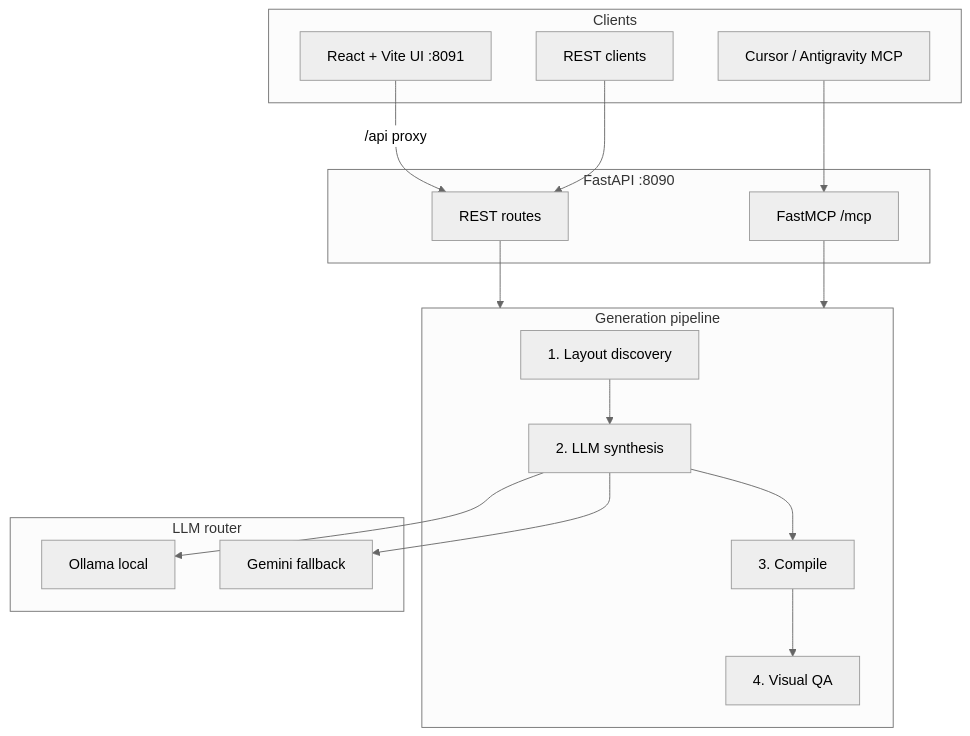
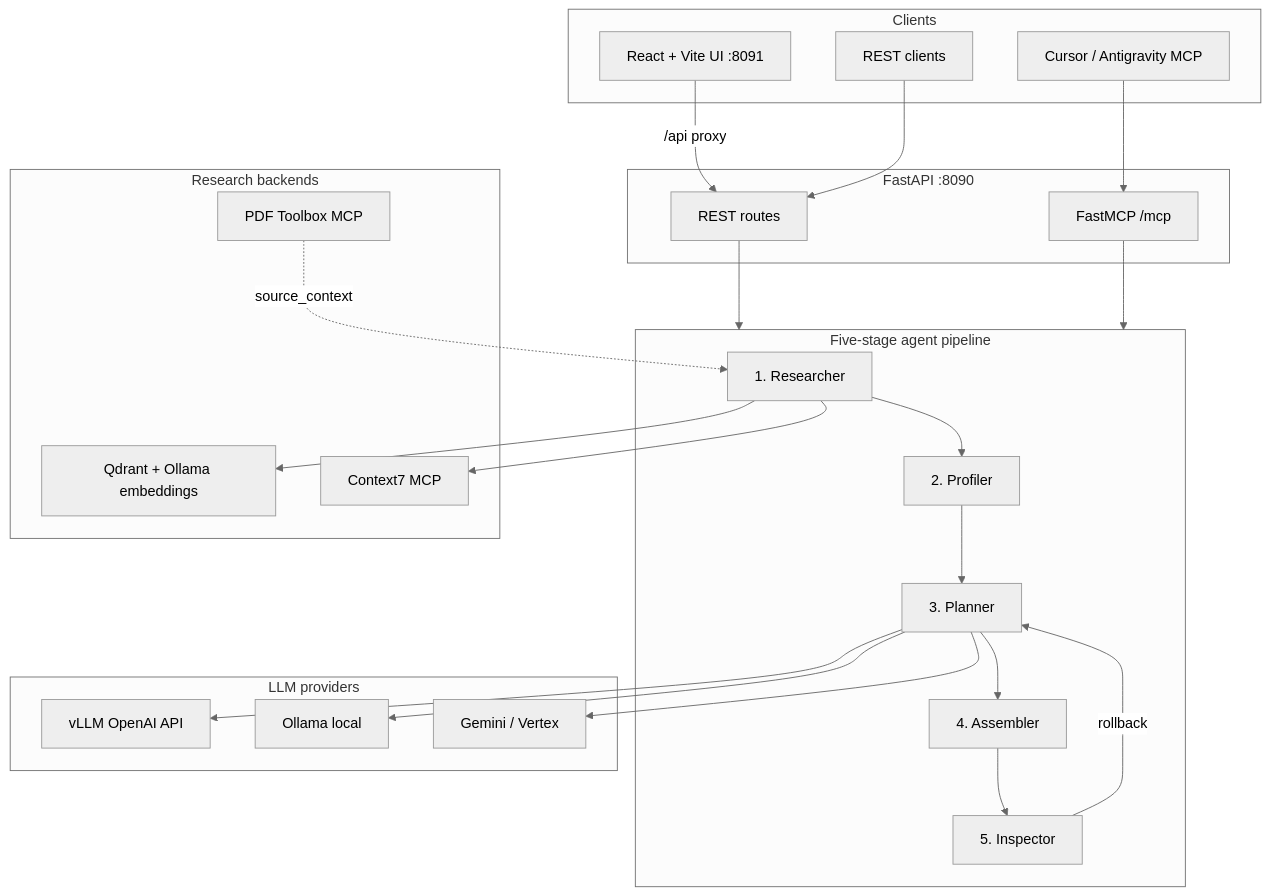
One commit to berthmc/presentations changed the diagram in documentation/SYSTEM_ARCHITECTURE.md. Above: the diagram before and after it, drawn with Mermaid (neutral theme). The commit also changed other lines of this file and 78 other files, not shown here.

````diff
--- a/documentation/SYSTEM_ARCHITECTURE.md
+++ b/documentation/SYSTEM_ARCHITECTURE.md
@@ -9,30 +9,42 @@
 ```mermaid
 flowchart TD
   subgraph clients [Clients]
     UI["React + Vite UI :8091"]
     IDE["Cursor / Antigravity MCP"]
     REST["REST clients"]
   end
   subgraph api [FastAPI :8090]
     Routes["REST routes"]
     MCP["FastMCP /mcp"]
   end
-  subgraph pipeline [Generation pipeline]
-    DISC["1. Layout discovery"]
-    SYN["2. LLM synthesis"]
-    COMP["3. Compile"]
-    QA["4. Visual QA"]
+  subgraph pipeline [Five-stage agent pipeline]
+    R["1. Researcher"]
+    P["2. Profiler"]
+    PL["3. Planner"]
+    A["4. Assembler"]
+    I["5. Inspector"]
   end
-  subgraph llm [LLM router]
+  subgraph research [Research backends]
+    RAG["Qdrant + Ollama embeddings"]
+    C7["Context7 MCP"]
+    PDF["PDF Toolbox MCP"]
+  end
+  subgraph llm [LLM providers]
+    VLLM["vLLM OpenAI API"]
     OLL["Ollama local"]
-    GEM["Gemini fallback"]
+    GEM["Gemini / Vertex"]
   end
   UI -->|"/api proxy"| Routes
   IDE --> MCP
   REST --> Routes
   Routes --> pipeline
   MCP --> pipeline
-  DISC --> SYN --> COMP --> QA
-  SYN --> OLL
-  SYN --> GEM
+  R --> P --> PL --> A --> I
+  I -->|rollback| PL
+  R --> RAG
+  R --> C7
+  PDF -.->|source_context| R
+  PL --> VLLM
+  PL --> OLL
+  PL --> GEM
 ```
````
